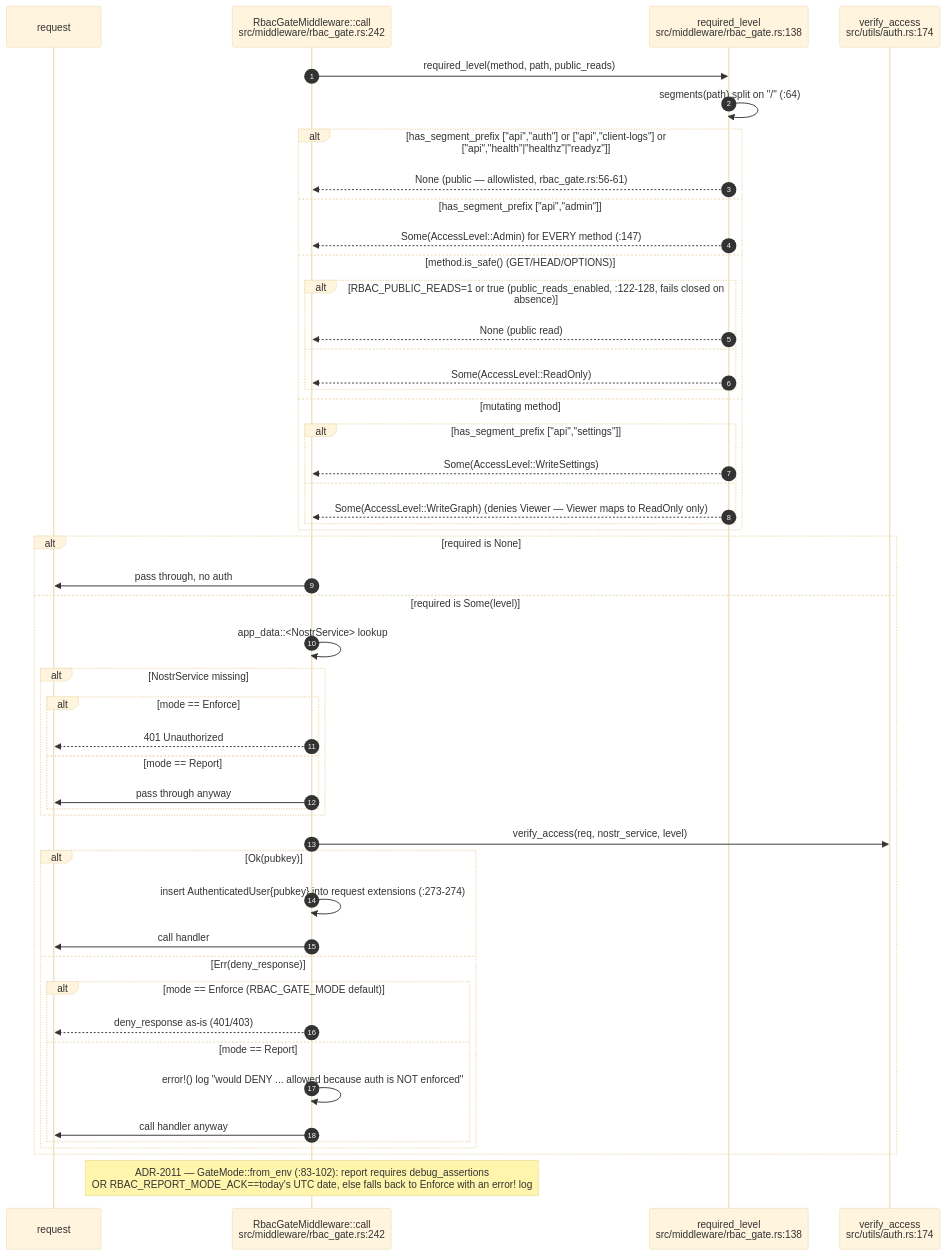
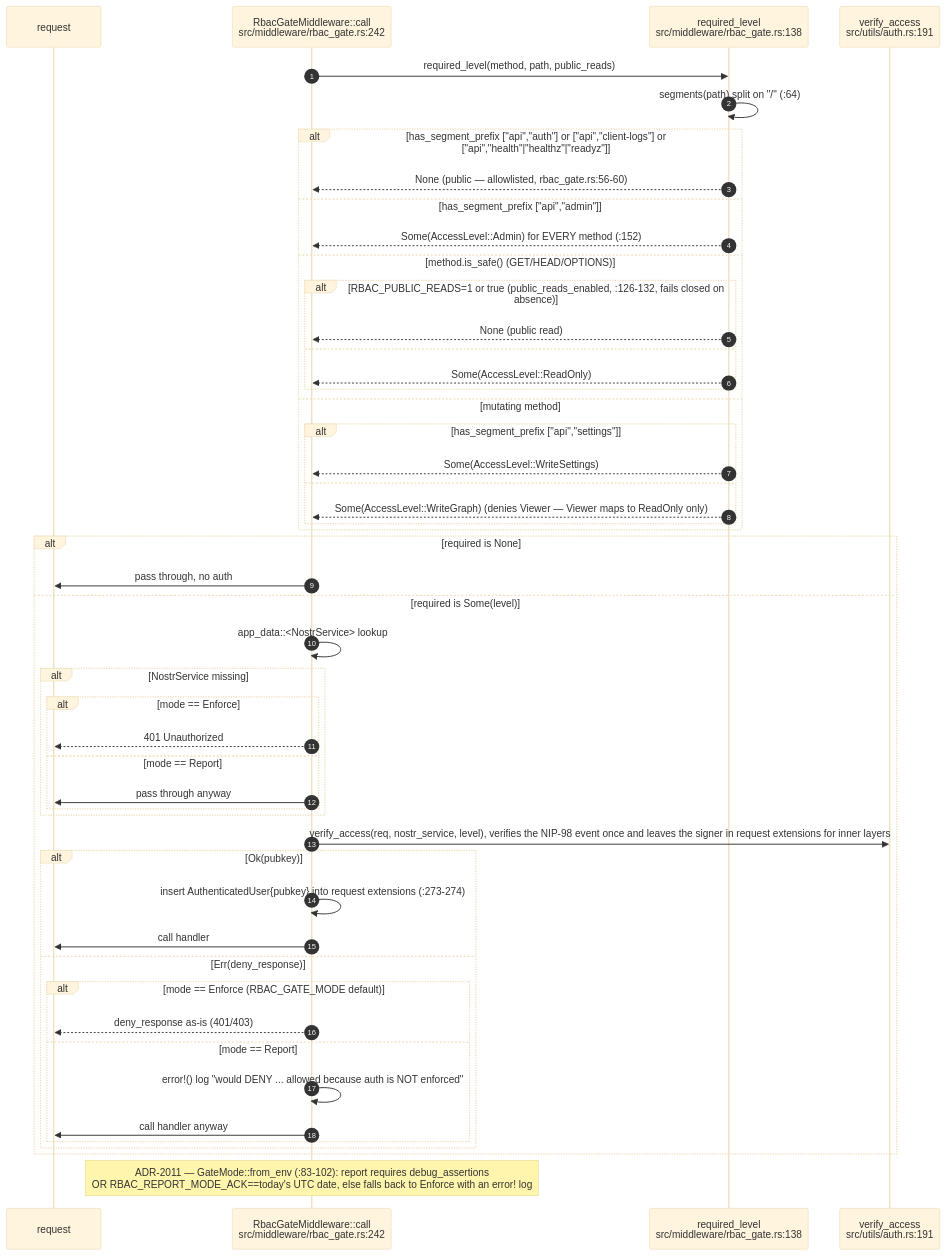
One commit to DreamLab-AI/VisionFlow changed the sixth of 14 diagrams in docs/diagrams/visionclaw/03-request-lifecycle-and-rbac.md. Above: the diagram before and after it, drawn with Mermaid (base theme). The commit also changed other lines of this file and 20 other files, not shown here.

Commit message:
docs(diagrams): reflect the S-3, S-7c/d/f and S-4(3) fixes in the corpus

````diff
--- a/docs/diagrams/visionclaw/03-request-lifecycle-and-rbac.md
+++ b/docs/diagrams/visionclaw/03-request-lifecycle-and-rbac.md
@@ -292,53 +326,53 @@
 ```mermaid
 sequenceDiagram
     autonumber
     participant R as request
     participant RG as RbacGateMiddleware::call<br/>src/middleware/rbac_gate.rs:242
     participant RL as required_level<br/>src/middleware/rbac_gate.rs:138
-    participant VA as verify_access<br/>src/utils/auth.rs:174
+    participant VA as verify_access<br/>src/utils/auth.rs:191
 
     RG->>RL: required_level(method, path, public_reads)
     RL->>RL: segments(path) split on "/" (:64)
     alt has_segment_prefix ["api","auth"] or ["api","client-logs"] or ["api","health"|"healthz"|"readyz"]
-        RL-->>RG: None (public — allowlisted, rbac_gate.rs:56-61)
+        RL-->>RG: None (public — allowlisted, rbac_gate.rs:56-60)
     else has_segment_prefix ["api","admin"]
-        RL-->>RG: Some(AccessLevel::Admin) for EVERY method (:147)
+        RL-->>RG: Some(AccessLevel::Admin) for EVERY method (:152)
     else method.is_safe() (GET/HEAD/OPTIONS)
-        alt RBAC_PUBLIC_READS=1 or true (public_reads_enabled, :122-128, fails closed on absence)
+        alt RBAC_PUBLIC_READS=1 or true (public_reads_enabled, :126-132, fails closed on absence)
             RL-->>RG: None (public read)
         else
             RL-->>RG: Some(AccessLevel::ReadOnly)
         end
     else mutating method
         alt has_segment_prefix ["api","settings"]
             RL-->>RG: Some(AccessLevel::WriteSettings)
         else
             RL-->>RG: Some(AccessLevel::WriteGraph) (denies Viewer — Viewer maps to ReadOnly only)
         end
     end
     alt required is None
         RG->>R: pass through, no auth
     else required is Some(level)
         RG->>RG: app_data::<NostrService> lookup
         alt NostrService missing
             alt mode == Enforce
                 RG-->>R: 401 Unauthorized
             else mode == Report
                 RG->>R: pass through anyway
             end
         end
-        RG->>VA: verify_access(req, nostr_service, level)
+        RG->>VA: verify_access(req, nostr_service, level), verifies the NIP-98 event once and leaves the signer in request extensions for inner layers
         alt Ok(pubkey)
             RG->>RG: insert AuthenticatedUser{pubkey} into request extensions (:273-274)
             RG->>R: call handler
         else Err(deny_response)
             alt mode == Enforce (RBAC_GATE_MODE default)
                 RG-->>R: deny_response as-is (401/403)
             else mode == Report
                 RG->>RG: error!() log "would DENY ... allowed because auth is NOT enforced"
                 RG->>R: call handler anyway
             end
         end
     end
     Note over RG: ADR-2011 — GateMode::from_env (:83-102): report requires debug_assertions<br/>OR RBAC_REPORT_MODE_ACK==today's UTC date, else falls back to Enforce with an error! log
 ```
````
